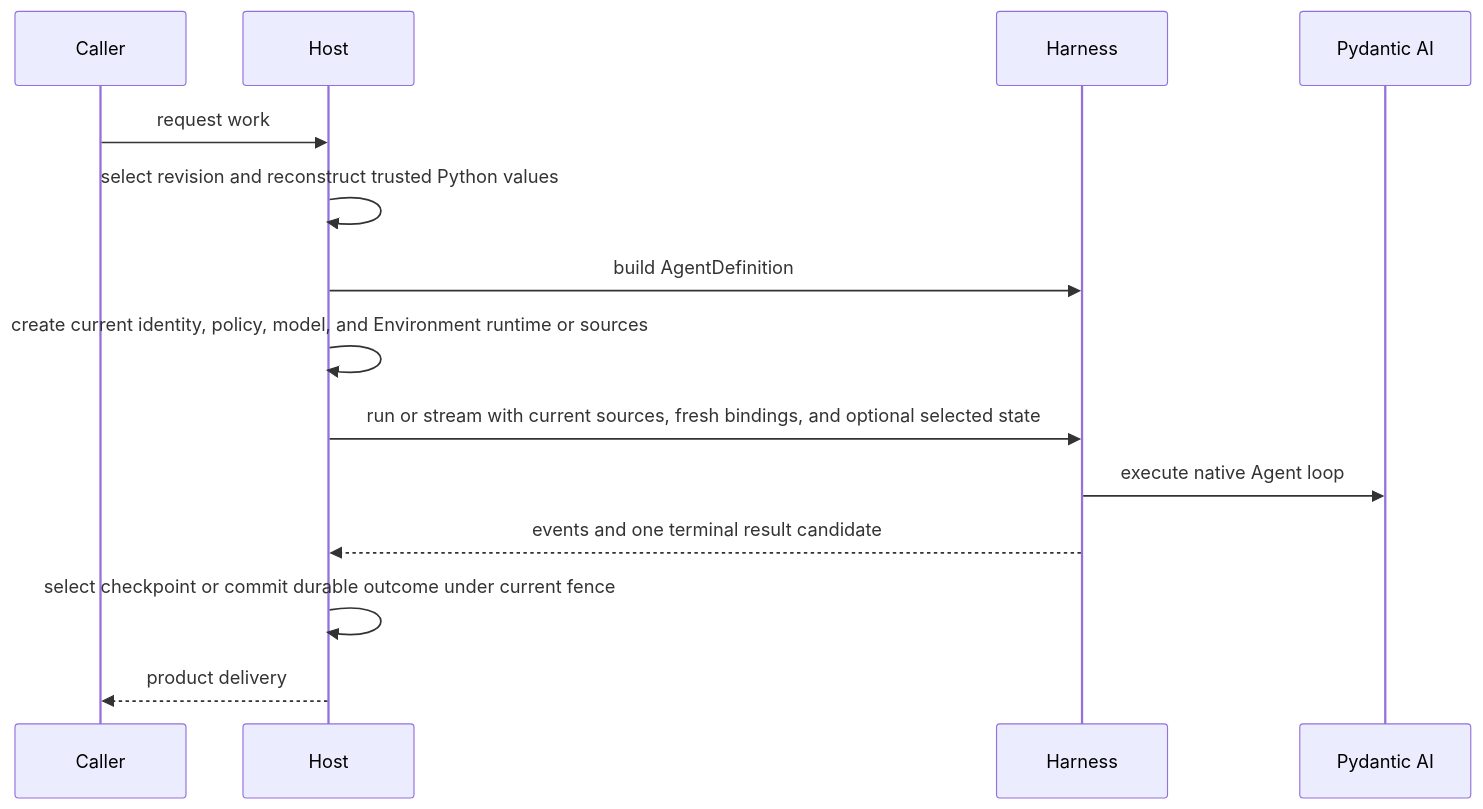
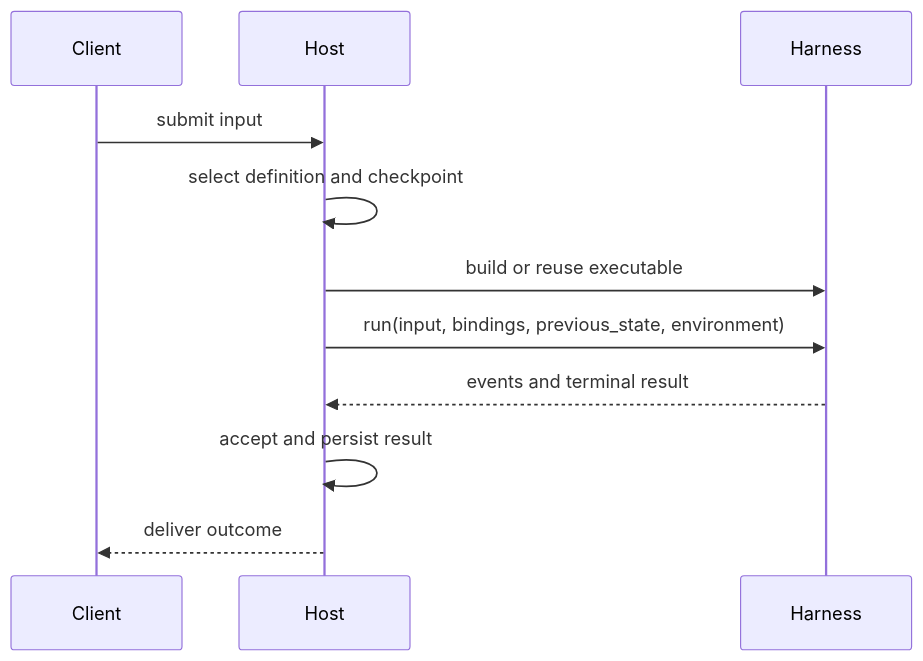
Before and after one commit to LTThreeComma/agent-foundation: the diagram in docs/a13n-harness/hosting.md, drawn with Mermaid. The commit also changed other lines of this file and 53 other files, not shown here.

````diff
--- a/docs/a13n-harness/hosting.md
+++ b/docs/a13n-harness/hosting.md
@@ -7,17 +7,13 @@
 ```mermaid
 sequenceDiagram
-    participant Caller
+    participant Client
     participant Host
     participant Harness
-    participant PAI as Pydantic AI
-
-    Caller->>Host: request work
-    Host->>Host: select revision and reconstruct trusted Python values
-    Host->>Harness: build AgentDefinition
-    Host->>Host: create current identity, policy, model, and Environment runtime or sources
-    Host->>Harness: run or stream with current sources, fresh bindings, and optional selected state
-    Harness->>PAI: execute native Agent loop
-    Harness-->>Host: events and one terminal result candidate
-    Host->>Host: select checkpoint or commit durable outcome under current fence
-    Host-->>Caller: product delivery
+    Client->>Host: submit input
+    Host->>Host: select definition and checkpoint
+    Host->>Harness: build or reuse executable
+    Host->>Harness: run(input, bindings, previous_state, environment)
+    Harness-->>Host: events and terminal result
+    Host->>Host: accept and persist result
+    Host-->>Client: deliver outcome
 ```
````
